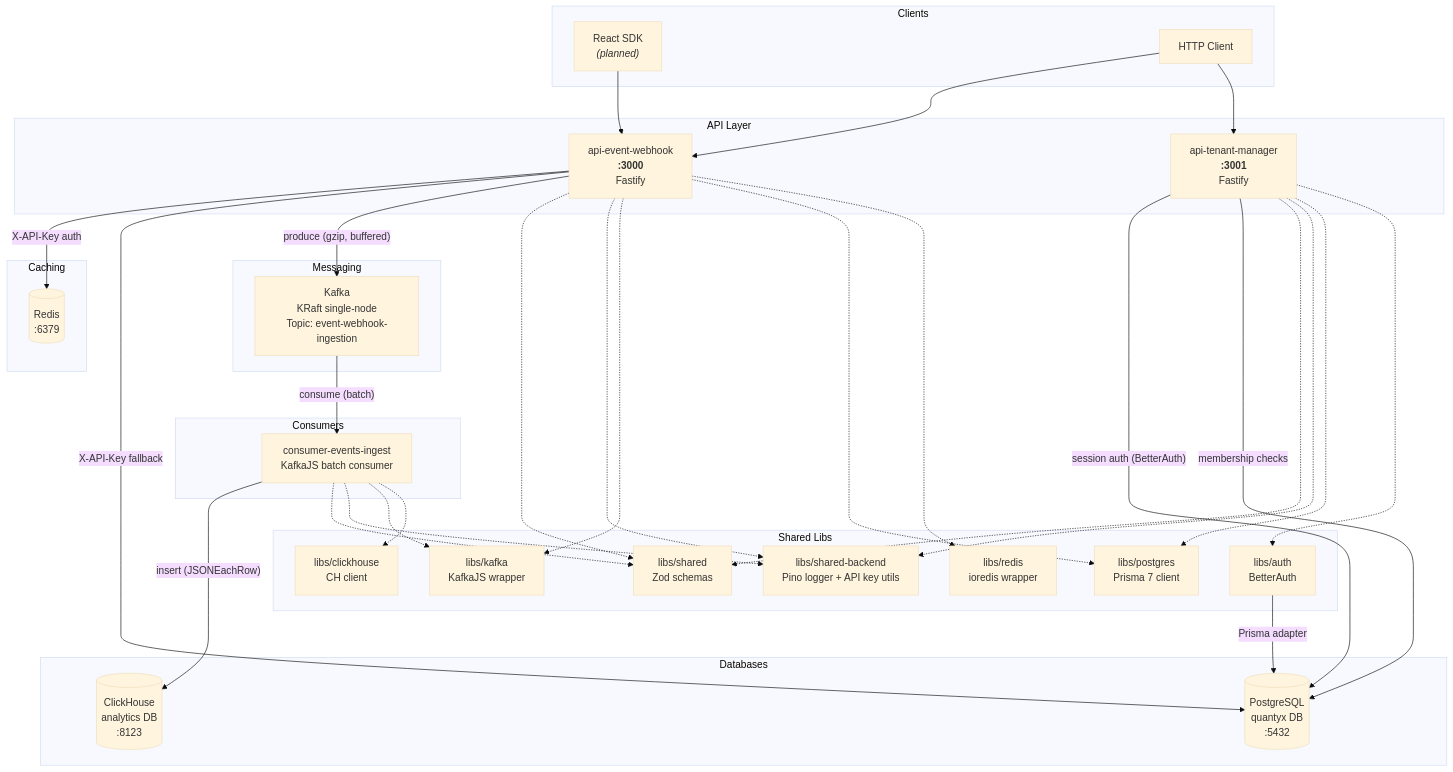
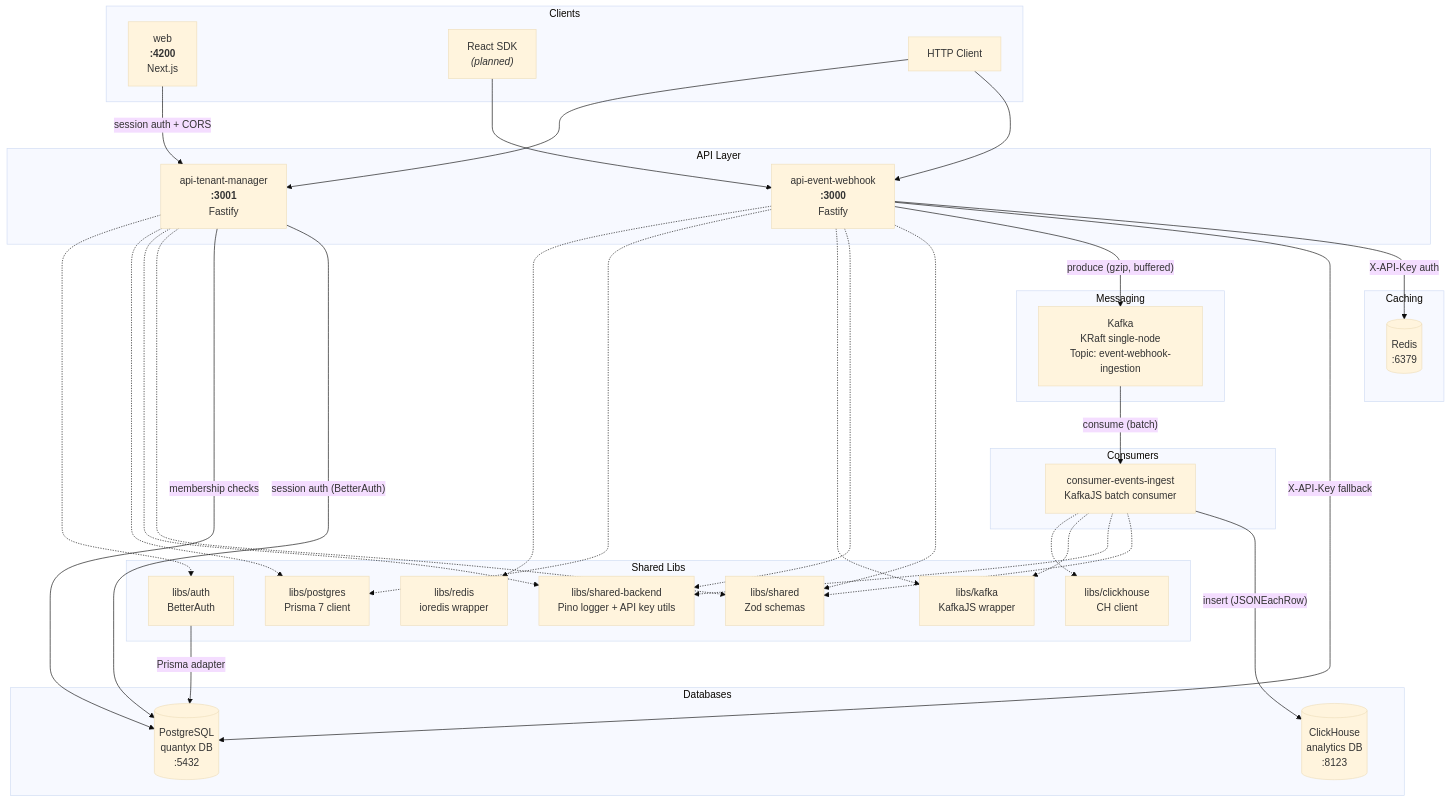
Before and after one commit to MateusRoscoe/quantyx: the first of 5 diagrams in OVERVIEW.md, drawn with Mermaid (base theme). The commit also changed other lines of this file and 66 other files, not shown here.

First line of the commit message:
feat: add Next.js frontend for auth and tenant management

````diff
--- a/OVERVIEW.md
+++ b/OVERVIEW.md
@@ -13,66 +13,68 @@
 ```mermaid
 graph TB
     subgraph Clients
+        WEB["web<br/><b>:4200</b><br/>Next.js"]
         SDK["React SDK<br/><i>(planned)</i>"]
         HTTP["HTTP Client"]
     end
 
     subgraph API Layer
         EW["api-event-webhook<br/><b>:3000</b><br/>Fastify"]
         TM["api-tenant-manager<br/><b>:3001</b><br/>Fastify"]
     end
 
     subgraph Messaging
         K["Kafka<br/>KRaft single-node<br/>Topic: event-webhook-ingestion"]
     end
 
     subgraph Consumers
         CE["consumer-events-ingest<br/>KafkaJS batch consumer"]
     end
 
     subgraph Databases
         CH[("ClickHouse<br/>analytics DB<br/>:8123")]
         PG[("PostgreSQL<br/>quantyx DB<br/>:5432")]
     end
 
     subgraph Caching
         RD[("Redis<br/>:6379")]
     end
 
     subgraph Shared Libs
         LS["libs/shared<br/>Zod schemas"]
         LSB["libs/shared-backend<br/>Pino logger + API key utils"]
         LK["libs/kafka<br/>KafkaJS wrapper"]
         LC["libs/clickhouse<br/>CH client"]
         LP["libs/postgres<br/>Prisma 7 client"]
         LR["libs/redis<br/>ioredis wrapper"]
         LA["libs/auth<br/>BetterAuth"]
     end
 
+    WEB -- "session auth + CORS" --> TM
     SDK --> EW
     HTTP --> EW
     HTTP --> TM
 
     EW -- "X-API-Key auth" --> RD
     EW -- "X-API-Key fallback" --> PG
     EW -- "produce (gzip, buffered)" --> K
     K -- "consume (batch)" --> CE
     CE -- "insert (JSONEachRow)" --> CH
     TM -- "session auth (BetterAuth)" --> PG
     TM -- "membership checks" --> PG
     LA -- "Prisma adapter" --> PG
 
     EW -.-> LS
     EW -.-> LSB
     EW -.-> LK
     EW -.-> LP
     EW -.-> LR
     CE -.-> LS
     CE -.-> LSB
     CE -.-> LK
     CE -.-> LC
     TM -.-> LS
     TM -.-> LSB
     TM -.-> LP
     TM -.-> LA
 ```
````
